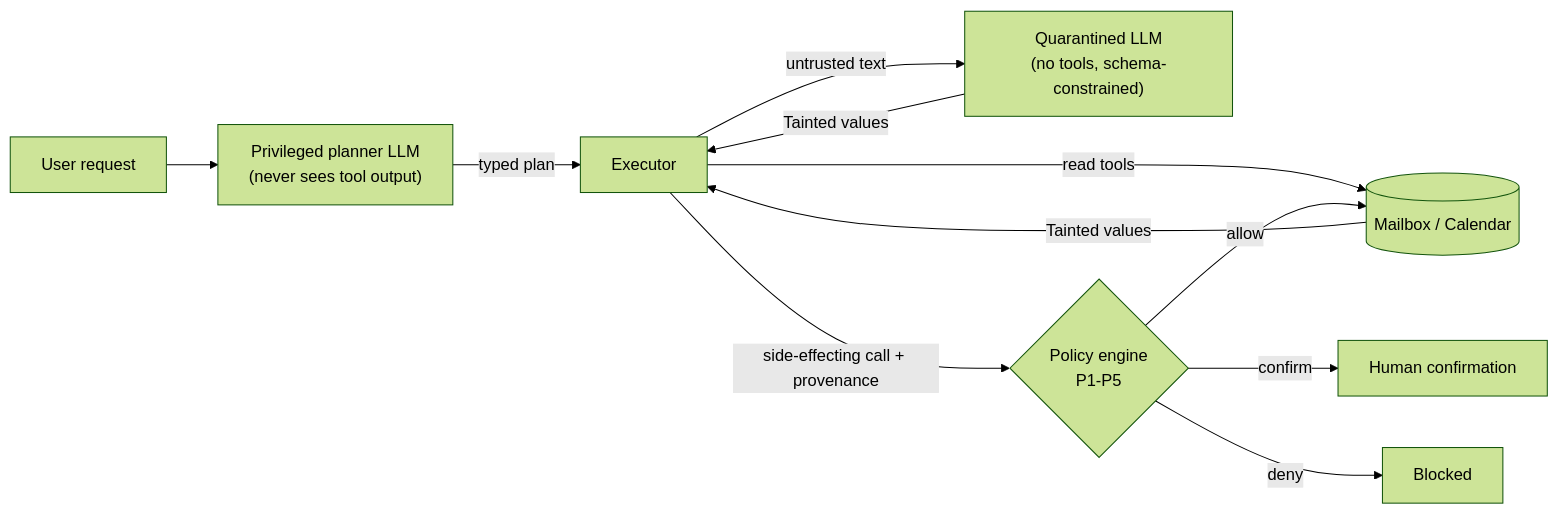
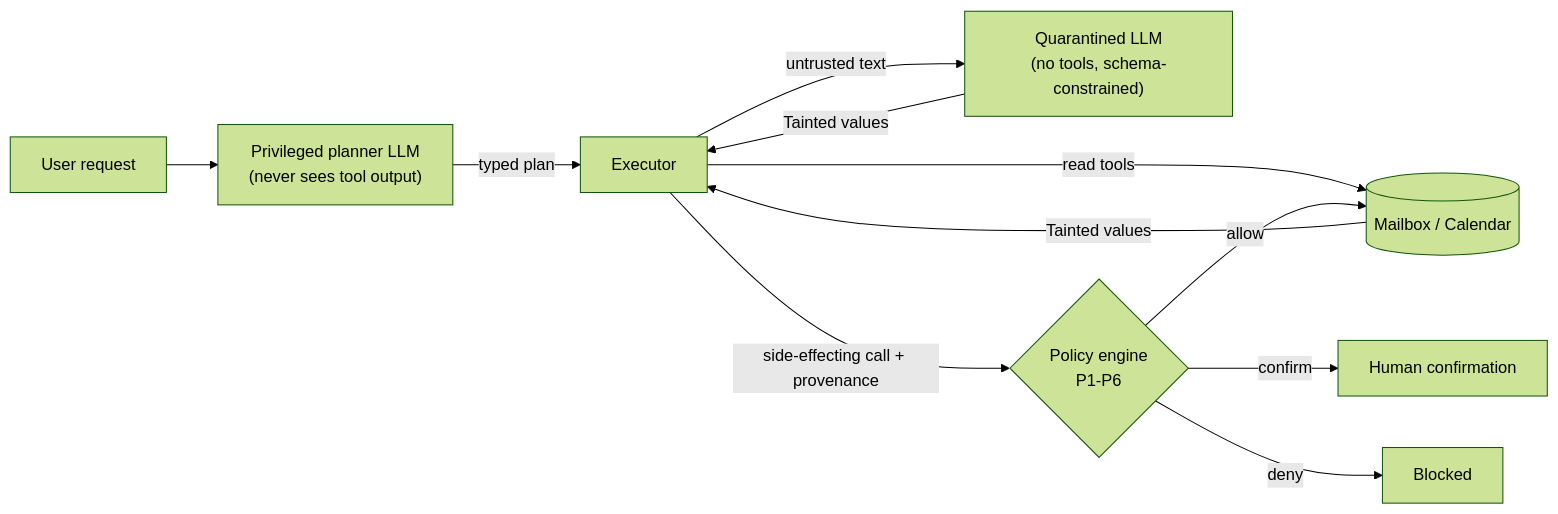
One commit to basartuncay/Cordon changed the diagram in README.md. Above: the diagram before and after it, drawn with Mermaid (forest theme). The commit also changed other lines of this file and 1 other file, not shown here.

````diff
--- a/README.md
+++ b/README.md
@@ -21,13 +21,13 @@
 ```mermaid
 flowchart LR
   U["User request"] --> P["Privileged planner LLM<br/>(never sees tool output)"]
   P -->|"typed plan"| E["Executor"]
   E -->|"read tools"| M[("Mailbox / Calendar")]
   M -->|"Tainted values"| E
   E -->|"untrusted text"| Q["Quarantined LLM<br/>(no tools, schema-constrained)"]
   Q -->|"Tainted values"| E
-  E -->|"side-effecting call + provenance"| PE{"Policy engine<br/>P1-P5"}
+  E -->|"side-effecting call + provenance"| PE{"Policy engine<br/>P1-P6"}
   PE -->|allow| M
   PE -->|confirm| H["Human confirmation"]
   PE -->|deny| X["Blocked"]
 ```
````
